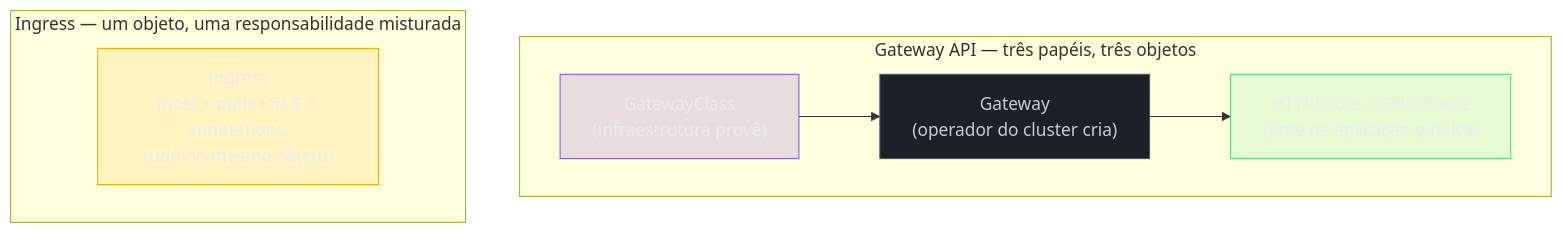
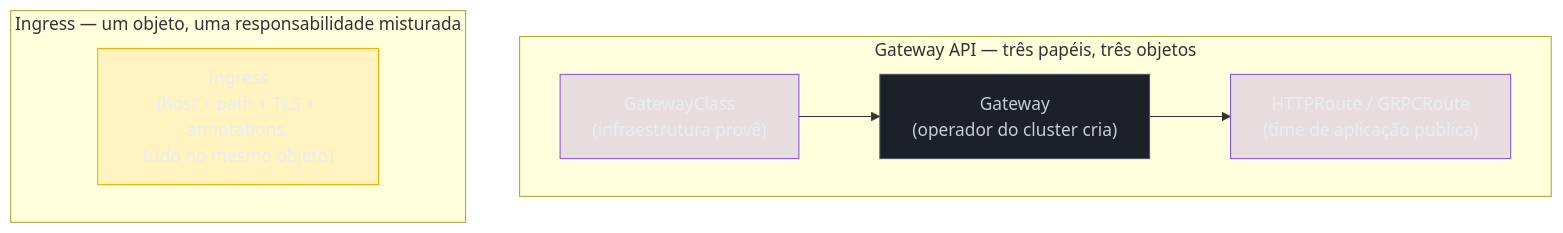
Before and after one commit to josenaldo/codex-technomanticus: the second of 3 diagrams in 03-Dominios/Tecnologia/Infraestrutura/Kubernetes/15 - Ingress e a borda do cluster.md, drawn with Mermaid. The commit also changed other lines of this file and 601 other files, not shown here.

````diff
--- a/03-Dominios/Tecnologia/Infraestrutura/Kubernetes/15 - Ingress e a borda do cluster.md
+++ b/03-Dominios/Tecnologia/Infraestrutura/Kubernetes/15 - Ingress e a borda do cluster.md
@@ -317,22 +316,21 @@
 ```mermaid
 graph TB
     classDef marca fill:#8855DF33,stroke:#8855DF,color:#E9ECF2
     classDef neutro fill:#1B2029,stroke:#4E5666,color:#C6CCD8
-    classDef ok fill:#4ADE8021,stroke:#4ADE80,color:#E9ECF2
     classDef destaque fill:#FFAA0024,stroke:#FFAA00,color:#E9ECF2
     subgraph GW["Gateway API — três papéis, três objetos"]
         GC["GatewayClass<br/>(infraestrutura provê)"]
         GT["Gateway<br/>(operador do cluster cria)"]
         HR["HTTPRoute / GRPCRoute<br/>(time de aplicação publica)"]
         GC --> GT --> HR
     end
 
     subgraph ING["Ingress — um objeto, uma responsabilidade misturada"]
         I["Ingress<br/>(host + path + TLS + annotations,<br/>tudo no mesmo objeto)"]
     end
 
     class GC marca
     class GT neutro
-    class HR ok
+    class HR marca
     class I destaque
 ```
````
